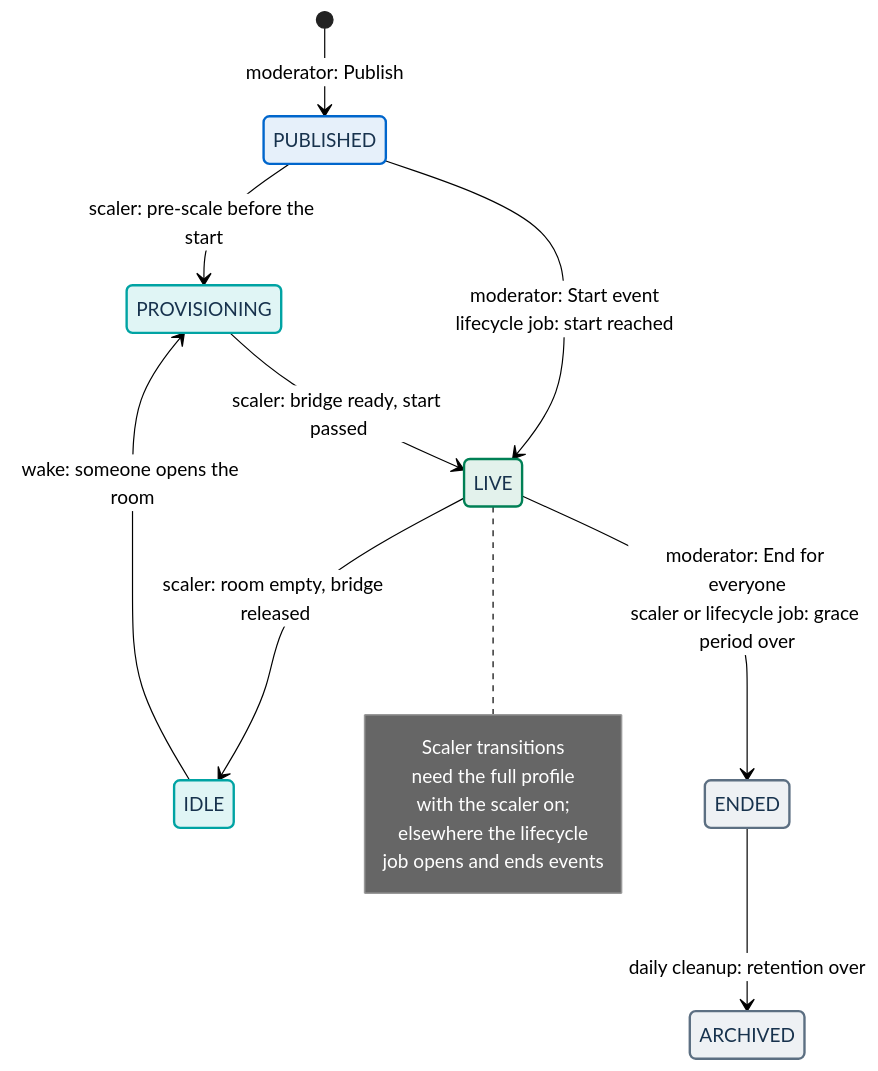
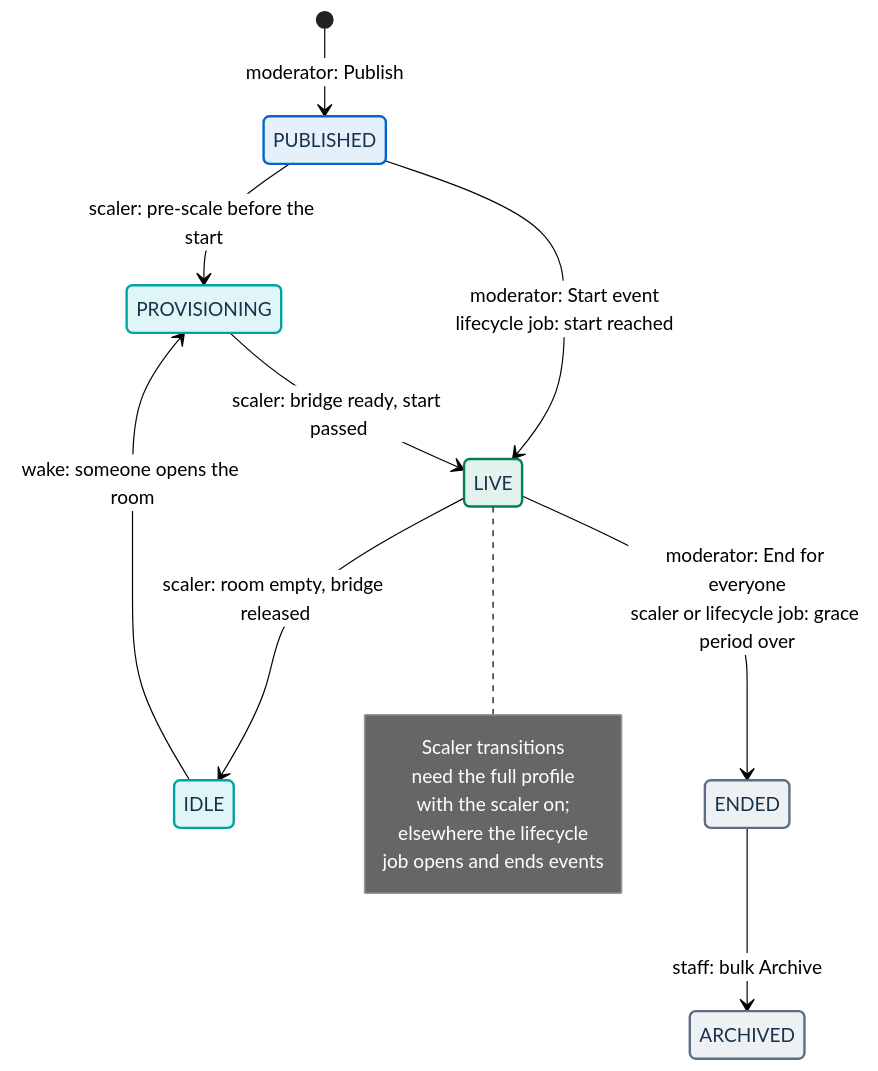
Before and after one commit to italia/pa-webinar: the fourth of 6 diagrams in README.md, drawn with Mermaid (neutral theme). The commit also changed other lines of this file and 7 other files, not shown here.

````diff
--- a/README.md
+++ b/README.md
@@ -234,26 +234,26 @@
 ```mermaid
 stateDiagram-v2
   classDef human fill:#E6F0FA,stroke:#0066CC,stroke-width:2px,color:#17324D
   classDef auto fill:#E0F5F5,stroke:#00A3A3,stroke-width:2px,color:#17324D
   classDef live fill:#E3F2EC,stroke:#008055,stroke-width:2px,color:#17324D
   classDef terminal fill:#EEF1F4,stroke:#5C6F82,stroke-width:2px,color:#17324D
   [*] --> PUBLISHED : moderator: Publish
   PUBLISHED --> PROVISIONING : scaler: pre-scale before the start
   PUBLISHED --> LIVE : moderator: Start event<br/>lifecycle job: start reached
   PROVISIONING --> LIVE : scaler: bridge ready, start passed
   LIVE --> IDLE : scaler: room empty, bridge released
   IDLE --> PROVISIONING : wake: someone opens the room
   LIVE --> ENDED : moderator: End for everyone<br/>scaler or lifecycle job: grace period over
-  ENDED --> ARCHIVED : daily cleanup: retention over
+  ENDED --> ARCHIVED : staff: bulk Archive
   note right of LIVE
     Scaler transitions
     need the full profile
     with the scaler on;
     elsewhere the lifecycle
     job opens and ends events
   end note
   class PUBLISHED human
   class PROVISIONING,IDLE auto
   class LIVE live
   class ENDED,ARCHIVED terminal
 ```
````
